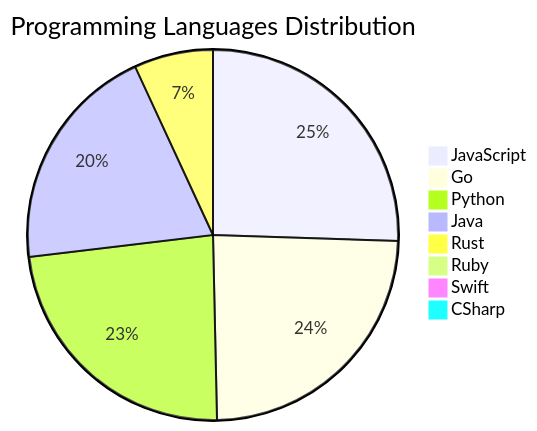
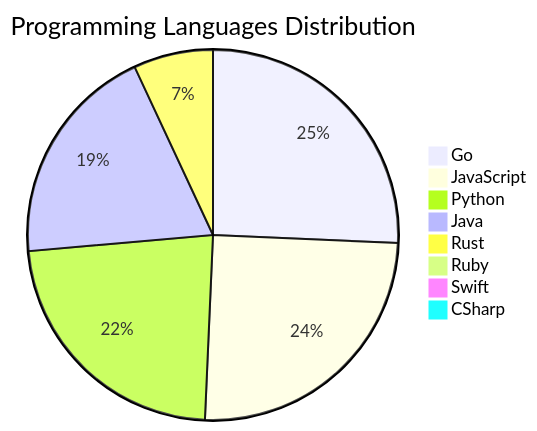
The diagram in README.md (Derrick-MUGISHA/github-activity-bot), drawn with Mermaid before and after one commit. The commit also changed other lines of this file and 4 other files, not shown here.

````diff
--- a/README.md
+++ b/README.md
@@ -209,11 +209,11 @@
 ```mermaid
 pie title Programming Languages Distribution
-    "JavaScript" : 37
-    "Go" : 35
-    "Python" : 34
-    "Java" : 29
+    "Go" : 37
+    "JavaScript" : 36
+    "Python" : 33
+    "Java" : 28
     "Rust" : 10
     "Ruby" : 1
     "Swift" : 1
     "CSharp" : 1
 ```
````
